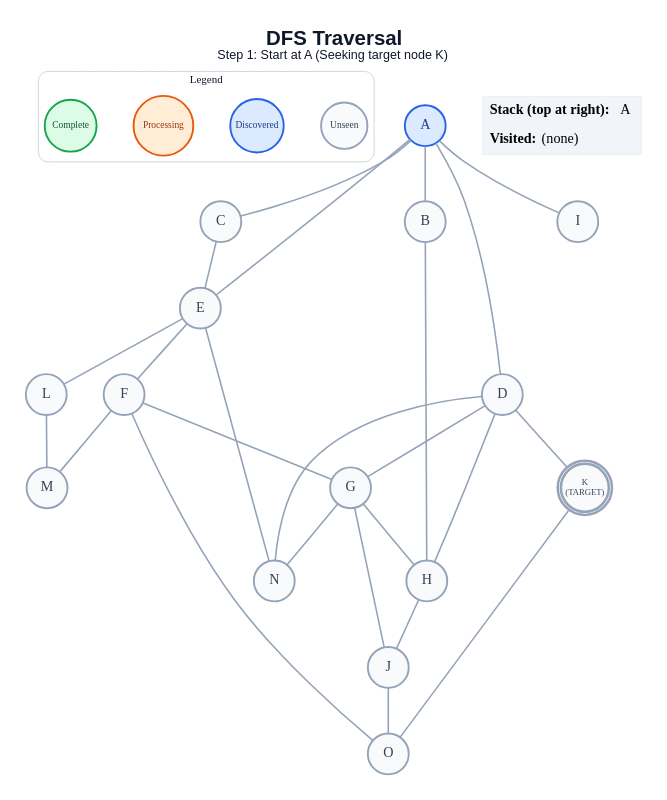
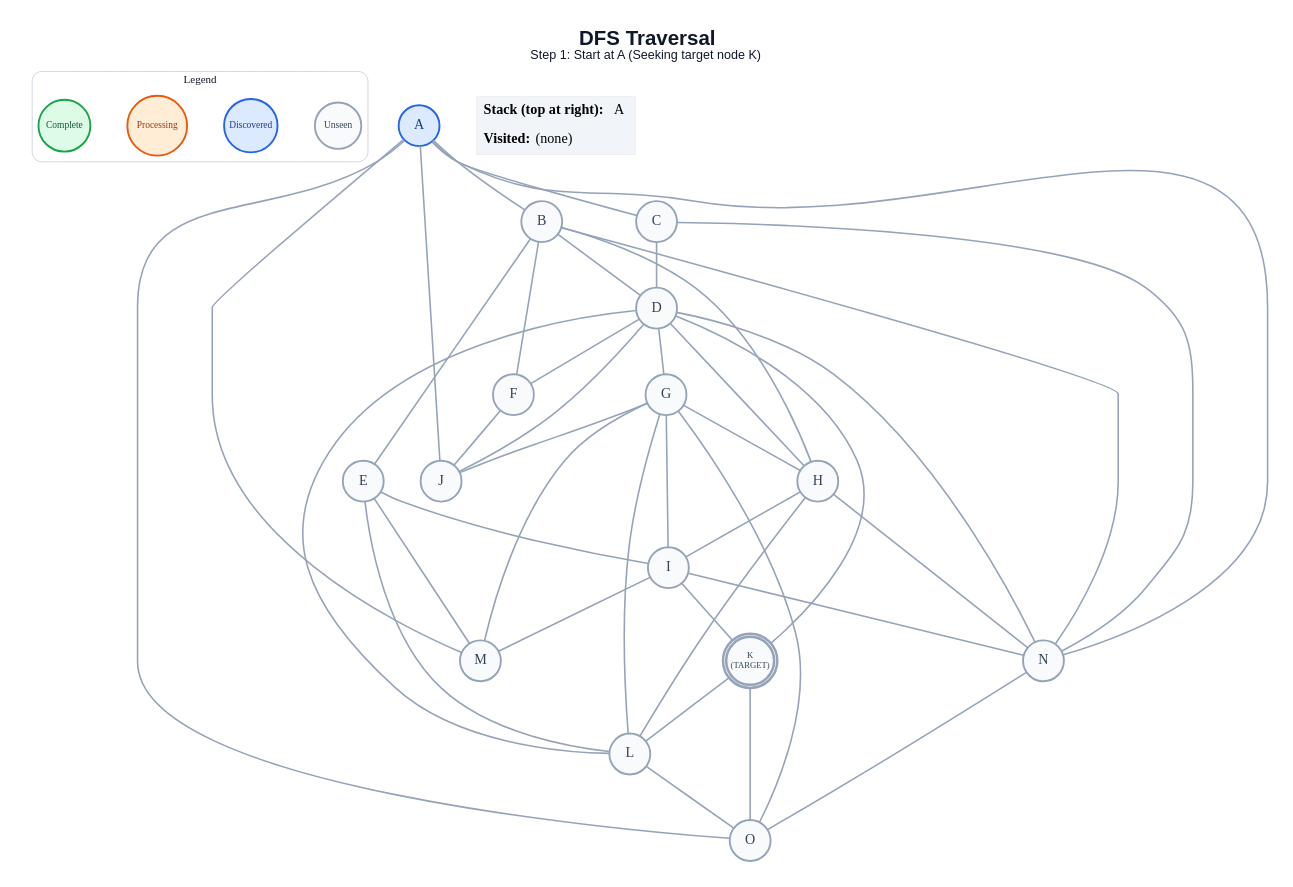
Before and after one commit to anon7238593-create/ai-slop: the diagram in generated/dfs/step_01.dot, drawn with Graphviz. The commit also changed 280 other files, not shown here.

```diff
--- a/generated/dfs/step_01.dot
+++ b/generated/dfs/step_01.dot
@@ -1,58 +1,74 @@
 graph traversal {
   graph [layout=dot, rankdir=TB, bgcolor="#FFFFFF", pad="0.35", nodesep="0.65", ranksep="0.8", fontname="Arial"];
   node [shape=circle, style="filled", fontname="Arial Bold", fontsize=18, width=0.72, fixedsize=true, penwidth=2.4];
   edge [color="#94A3B8", penwidth=2.0];
   label=<<B>DFS Traversal</B><BR/><FONT POINT-SIZE="16">Step 1: Start at A (Seeking target node K)</FONT>>; labelloc="t"; fontsize=26; fontname="Arial"; fontcolor="#0F172A";
   subgraph cluster_legend { label="Legend"; color="#CBD5E1"; penwidth=1.2; style="rounded"; fontsize=14; fontname="Arial Bold";
     key_unseen [label="Unseen", fillcolor="#F8FAFC", color="#94A3B8", fontcolor="#334155", fontsize=12, width=0.82];
     key_frontier [label="Discovered", fillcolor="#DBEAFE", color="#2563EB", fontcolor="#1E3A8A", fontsize=12, width=0.95];
     key_current [label="Processing", fillcolor="#FFEDD5", color="#EA580C", fontcolor="#9A3412", fontsize=12, width=1.05];
     key_done [label="Complete", fillcolor="#DCFCE7", color="#16A34A", fontcolor="#14532D", fontsize=12, width=0.92];
     { rank=same; key_unseen; key_frontier; key_current; key_done; }
   }
   A [label="A", fillcolor="#DBEAFE", color="#2563EB", fontcolor="#1E3A8A", peripheries=1, penwidth=2.4];
   B [label="B", fillcolor="#F8FAFC", color="#94A3B8", fontcolor="#334155", peripheries=1, penwidth=2.4];
   C [label="C", fillcolor="#F8FAFC", color="#94A3B8", fontcolor="#334155", peripheries=1, penwidth=2.4];
   D [label="D", fillcolor="#F8FAFC", color="#94A3B8", fontcolor="#334155", peripheries=1, penwidth=2.4];
   E [label="E", fillcolor="#F8FAFC", color="#94A3B8", fontcolor="#334155", peripheries=1, penwidth=2.4];
   F [label="F", fillcolor="#F8FAFC", color="#94A3B8", fontcolor="#334155", peripheries=1, penwidth=2.4];
   G [label="G", fillcolor="#F8FAFC", color="#94A3B8", fontcolor="#334155", peripheries=1, penwidth=2.4];
   H [label="H", fillcolor="#F8FAFC", color="#94A3B8", fontcolor="#334155", peripheries=1, penwidth=2.4];
   I [label="I", fillcolor="#F8FAFC", color="#94A3B8", fontcolor="#334155", peripheries=1, penwidth=2.4];
   J [label="J", fillcolor="#F8FAFC", color="#94A3B8", fontcolor="#334155", peripheries=1, penwidth=2.4];
   K [label="K\n(TARGET)", fillcolor="#F8FAFC", color="#94A3B8", fontcolor="#334155", peripheries=2, penwidth=3.2, fontsize=11, width=0.85, height=0.85];
   L [label="L", fillcolor="#F8FAFC", color="#94A3B8", fontcolor="#334155", peripheries=1, penwidth=2.4];
   M [label="M", fillcolor="#F8FAFC", color="#94A3B8", fontcolor="#334155", peripheries=1, penwidth=2.4];
   N [label="N", fillcolor="#F8FAFC", color="#94A3B8", fontcolor="#334155", peripheries=1, penwidth=2.4];
   O [label="O", fillcolor="#F8FAFC", color="#94A3B8", fontcolor="#334155", peripheries=1, penwidth=2.4];
   A -- B;
   A -- C;
-  A -- D;
-  A -- E;
-  A -- I;
+  A -- J;
+  A -- M;
+  A -- N;
+  A -- O;
+  B -- D;
+  B -- E;
+  B -- F;
   B -- H;
-  C -- E;
+  B -- N;
+  C -- D;
+  C -- N;
+  D -- F;
   D -- G;
   D -- H;
+  D -- J;
   D -- K;
+  D -- L;
   D -- N;
-  E -- F;
+  E -- I;
   E -- L;
-  E -- N;
-  F -- G;
-  F -- M;
-  F -- O;
+  E -- M;
+  F -- J;
   G -- H;
+  G -- I;
   G -- J;
-  G -- N;
-  H -- J;
-  J -- O;
+  G -- L;
+  G -- M;
+  G -- O;
+  H -- I;
+  H -- L;
+  H -- N;
+  I -- K;
+  I -- M;
+  I -- N;
+  K -- L;
   K -- O;
-  L -- M;
+  L -- O;
+  N -- O;
   status [shape=plain, fixedsize=false, width=0, height=0, margin=0, label=<
     <TABLE BORDER="0" CELLBORDER="0" CELLPADDING="7" BGCOLOR="#F1F5F9">
       <TR><TD ALIGN="LEFT"><B>Stack (top at right):</B> A</TD></TR>
       <TR><TD ALIGN="LEFT"><B>Visited:</B> (none)</TD></TR>
     </TABLE>
   >];
 }
```
